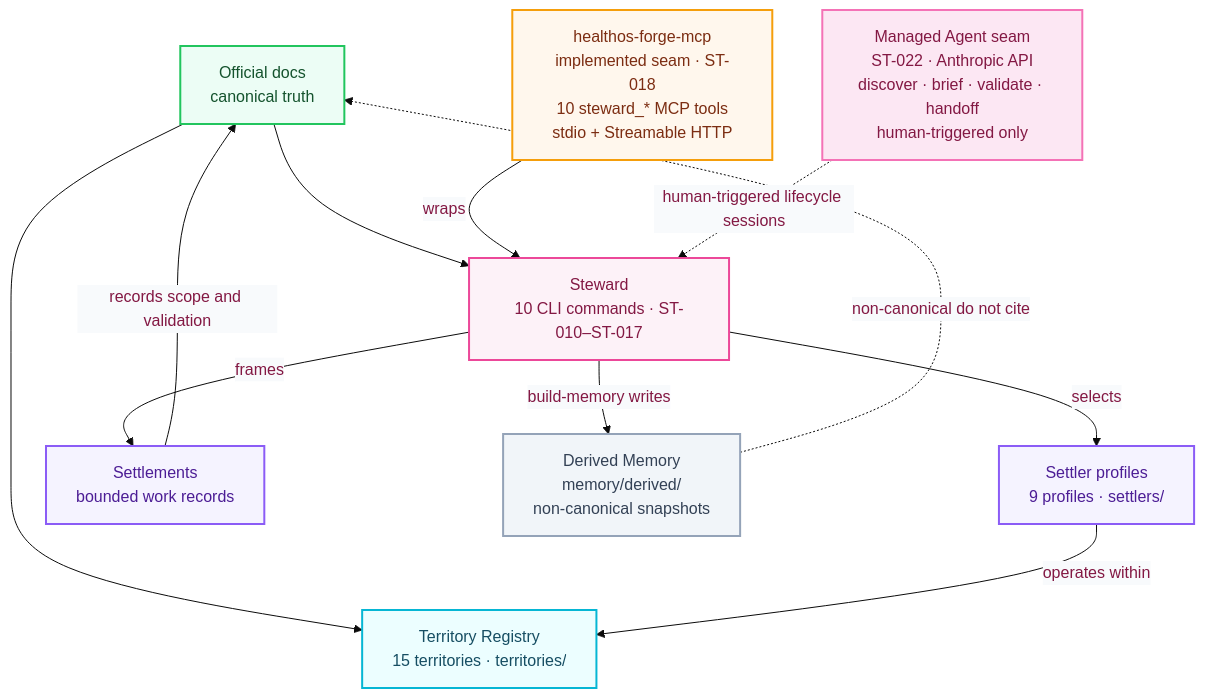
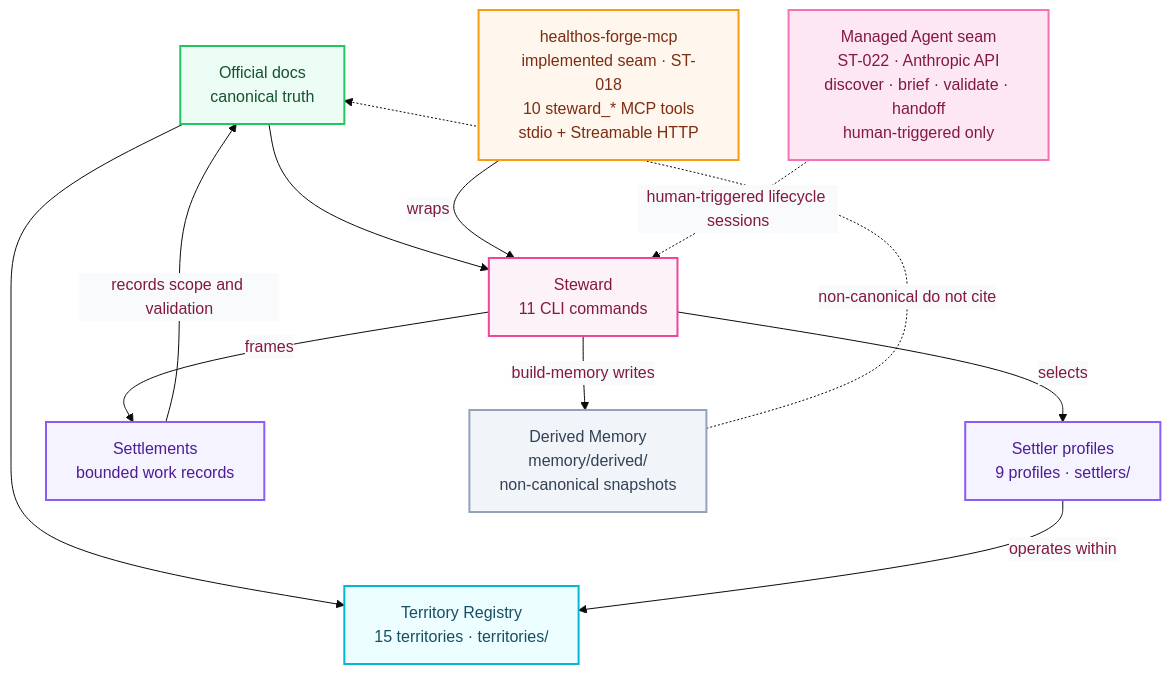
One commit to myselfgus/HealthOScaffold changed diagram 16 of 17 in README.md. Above: the diagram before and after it, drawn with Mermaid. The commit also changed other lines of this file and 5 other files, not shown here.

````diff
--- a/README.md
+++ b/README.md
@@ -1219,31 +1220,31 @@
 ```mermaid
 %%{init: {'theme': 'base', 'themeVariables': {'primaryColor': '#fdf2f8', 'primaryBorderColor': '#f9a8d4', 'primaryTextColor': '#831843', 'clusterBkg': '#ffffff', 'clusterBorder': '#e5e7eb', 'titleColor': '#0f172a', 'edgeLabelBackground': '#f8fafc', 'fontFamily': 'ui-sans-serif, system-ui, -apple-system'}}}%%
 flowchart TD
     classDef steward   fill:#fdf2f8,stroke:#ec4899,stroke-width:2px,color:#831843
     classDef settler   fill:#f5f3ff,stroke:#8b5cf6,stroke-width:2px,color:#4c1d95
     classDef territory fill:#ecfeff,stroke:#06b6d4,stroke-width:2px,color:#164e63
     classDef docs      fill:#ecfdf5,stroke:#22c55e,stroke-width:2px,color:#14532d
     classDef mcp       fill:#fff7ed,stroke:#f59e0b,stroke-width:2px,color:#7c2d12
     classDef mem       fill:#f1f5f9,stroke:#94a3b8,stroke-width:2px,color:#334155
     classDef agent     fill:#fce7f3,stroke:#f472b6,stroke-width:2px,color:#831843
 
     DOCS[Official docs\ncanonical truth]:::docs
-    STEW[Steward\n10 CLI commands · ST-010–ST-017]:::steward
+    STEW[Steward\n11 CLI commands]:::steward
     SETTLER[Settler profiles\n9 profiles · settlers/]:::settler
     TERR[Territory Registry\n15 territories · territories/]:::territory
     SETTLE[Settlements\nbounded work records]:::settler
     MCP[healthos-forge-mcp\nimplemented seam · ST-018\n10 steward_* MCP tools\nstdio + Streamable HTTP]:::mcp
     MEM[Derived Memory\nmemory/derived/\nnon-canonical snapshots]:::mem
     MA[Managed Agent seam\nST-022 · Anthropic API\ndiscover · brief · validate · handoff\nhuman-triggered only]:::agent
 
     DOCS --> STEW
     DOCS --> TERR
     STEW -->|selects| SETTLER
     STEW -->|frames| SETTLE
     SETTLER -->|operates within| TERR
     SETTLE -->|records scope and validation| DOCS
     MCP -->|wraps| STEW
     STEW -->|build-memory writes| MEM
     MA -. human-triggered lifecycle sessions .-> STEW
     MEM -. non-canonical do not cite .-> DOCS
 ```
````
